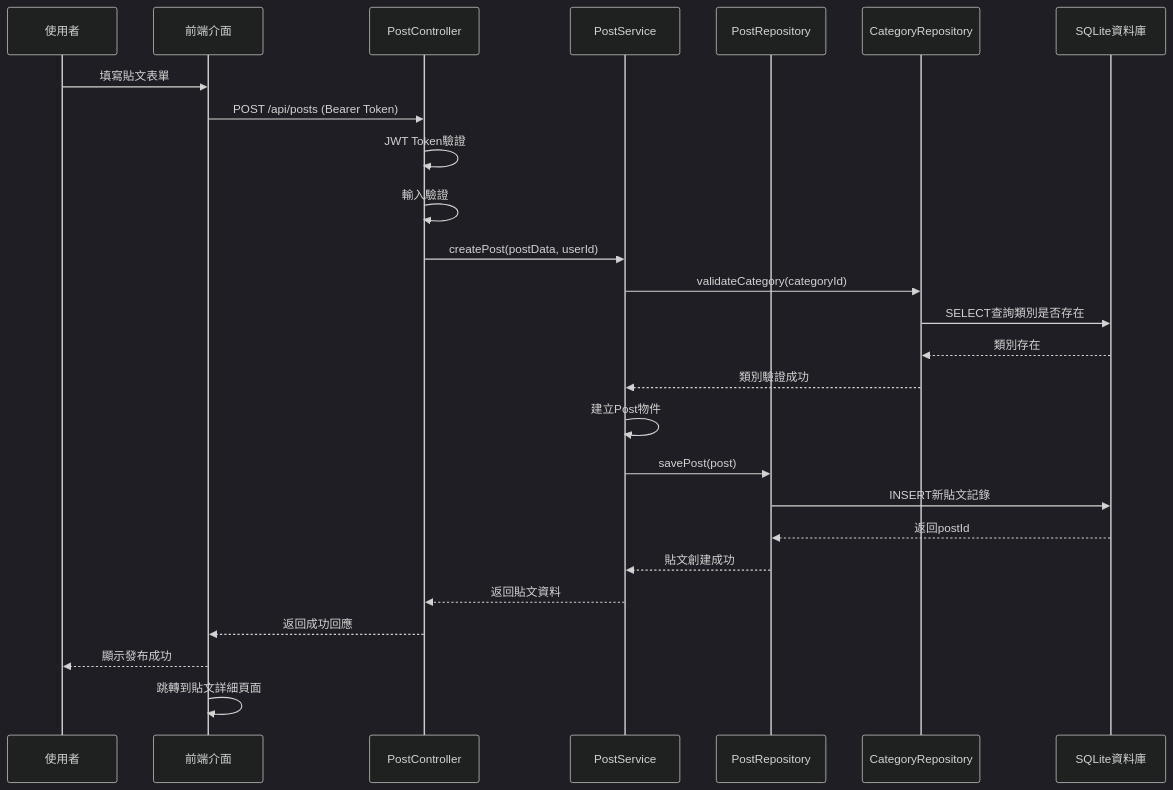
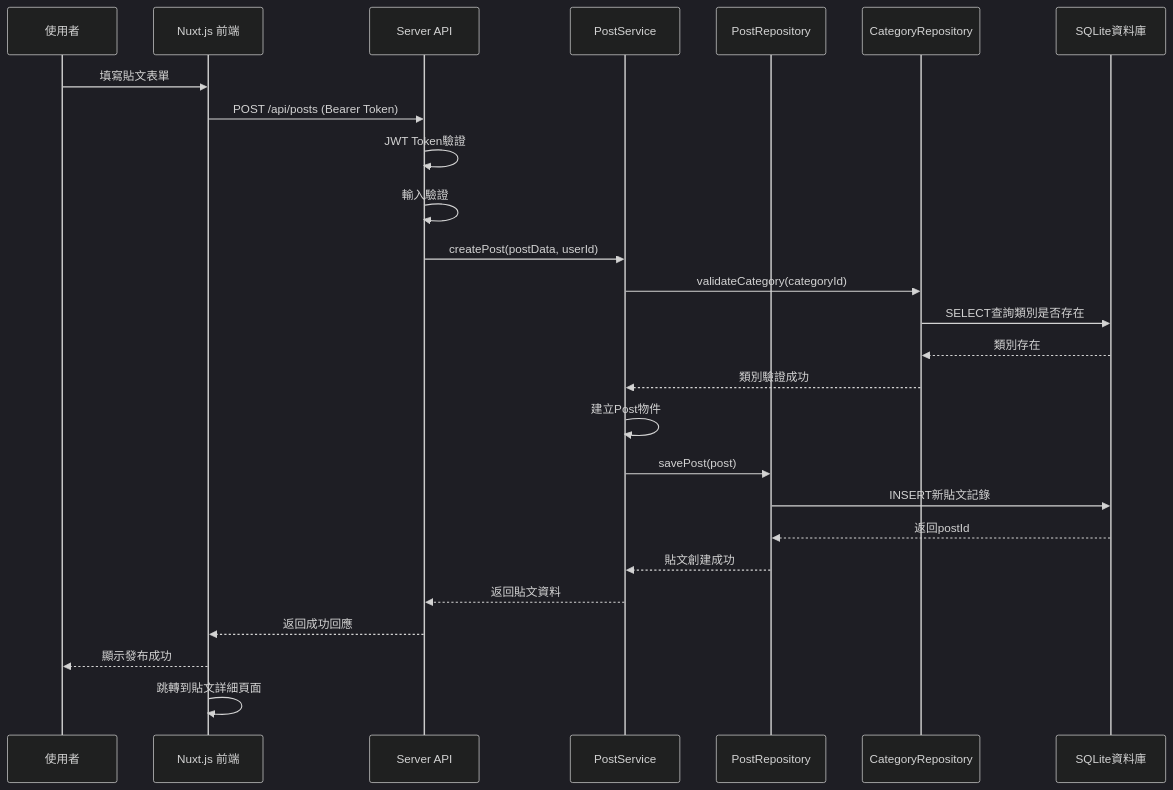
Before and after one commit to ayugioh2003/ooad-ai: the third of 8 diagrams in aotter-wow-system/docs/sequence-diagram.md, drawn with Mermaid (dark theme). The commit also changed other lines of this file and 3 other files, not shown here.

First line of the commit message:
Refactor architecture documentation to reflect Nuxt.js integration and update class and sequence diagrams for API handlers

````diff
--- a/aotter-wow-system/docs/sequence-diagram.md
+++ b/aotter-wow-system/docs/sequence-diagram.md
@@ -78,29 +78,29 @@
 ```mermaid
 sequenceDiagram
     participant User as 使用者
-    participant UI as 前端介面
-    participant PC as PostController
+    participant UI as Nuxt.js 前端
+    participant API as Server API
     participant PS as PostService
     participant PR as PostRepository
     participant CR as CategoryRepository
     participant DB as SQLite資料庫
 
     User->>UI: 填寫貼文表單
-    UI->>PC: POST /api/posts (Bearer Token)
-    PC->>PC: JWT Token驗證
-    PC->>PC: 輸入驗證
-    PC->>PS: createPost(postData, userId)
+    UI->>API: POST /api/posts (Bearer Token)
+    API->>API: JWT Token驗證
+    API->>API: 輸入驗證
+    API->>PS: createPost(postData, userId)
     PS->>CR: validateCategory(categoryId)
     CR->>DB: SELECT查詢類別是否存在
     DB-->>CR: 類別存在
     CR-->>PS: 類別驗證成功
     PS->>PS: 建立Post物件
     PS->>PR: savePost(post)
     PR->>DB: INSERT新貼文記錄
     DB-->>PR: 返回postId
     PR-->>PS: 貼文創建成功
-    PS-->>PC: 返回貼文資料
-    PC-->>UI: 返回成功回應
+    PS-->>API: 返回貼文資料
+    API-->>UI: 返回成功回應
     UI-->>User: 顯示發布成功
     UI->>UI: 跳轉到貼文詳細頁面
 ```
````
